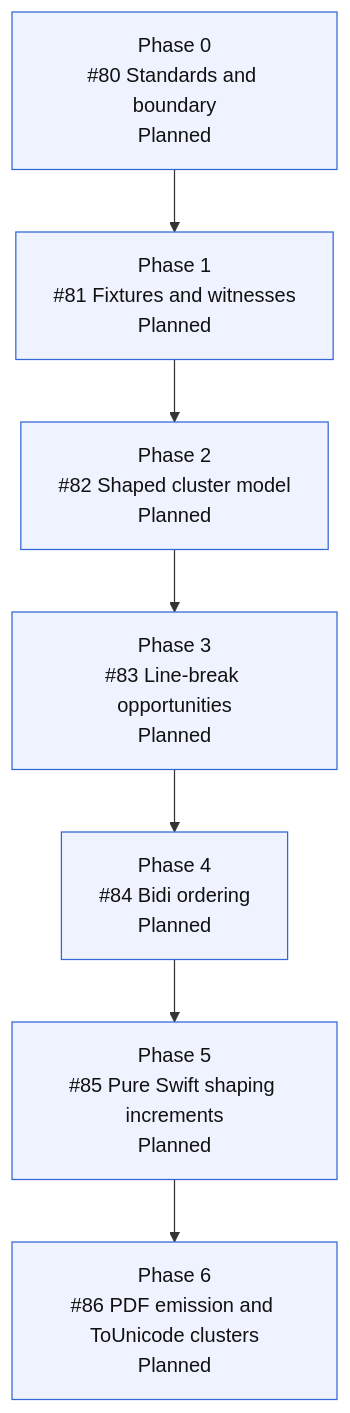
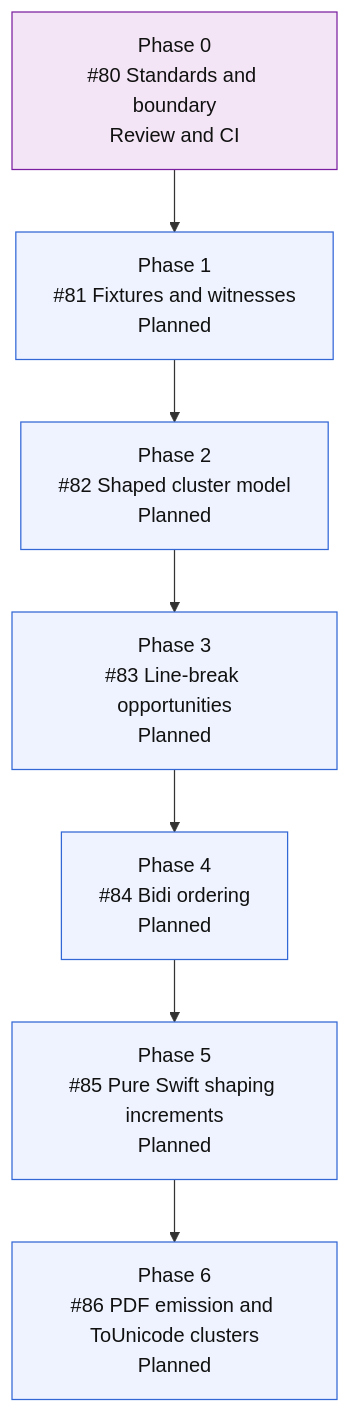
The fourth of 4 diagrams in README.md (mihaelamj/MarkdownPDF), drawn with Mermaid before and after one commit. The commit also changed other lines of this file and 1 other file, not shown here.

First line of the commit message:
docs(research): define complex script boundary

````diff
--- a/README.md
+++ b/README.md
@@ -301,19 +300,20 @@
 ```mermaid
 flowchart TD
-    S0["Phase 0<br/>#80 Standards and boundary<br/>Planned"]
+    S0["Phase 0<br/>#80 Standards and boundary<br/>Review and CI"]
     S1["Phase 1<br/>#81 Fixtures and witnesses<br/>Planned"]
     S2["Phase 2<br/>#82 Shaped cluster model<br/>Planned"]
     S3["Phase 3<br/>#83 Line-break opportunities<br/>Planned"]
     S4["Phase 4<br/>#84 Bidi ordering<br/>Planned"]
     S5["Phase 5<br/>#85 Pure Swift shaping increments<br/>Planned"]
     S6["Phase 6<br/>#86 PDF emission and ToUnicode clusters<br/>Planned"]
 
     S0 --> S1 --> S2 --> S3 --> S4 --> S5 --> S6
 
     classDef done fill:#e8f5e9,stroke:#2e7d32,color:#111;
     classDef active fill:#e3f2fd,stroke:#1565c0,color:#111;
     classDef review fill:#f3e5f5,stroke:#7b1fa2,color:#111;
     classDef next fill:#fff8e1,stroke:#f9a825,color:#111;
     classDef todo fill:#eef3ff,stroke:#3367d6,color:#111;
-    class S0,S1,S2,S3,S4,S5,S6 todo;
+    class S0 review;
+    class S1,S2,S3,S4,S5,S6 todo;
 ```
````
